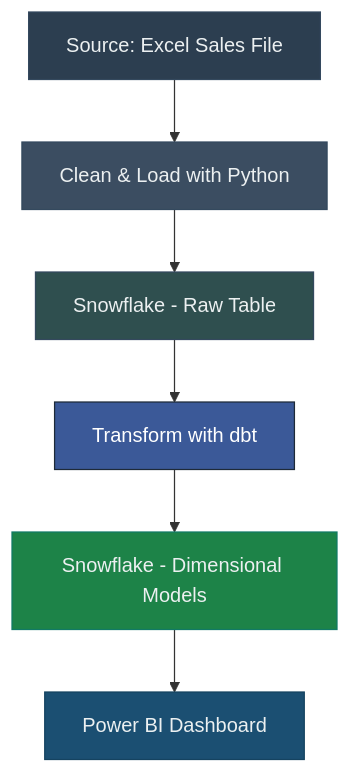
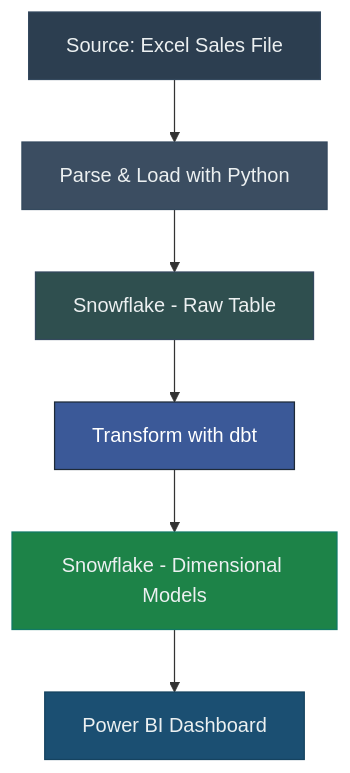
The diagram in readme.MD (engineergrowth/Adidas), drawn with Mermaid before and after one commit. The commit also changed other lines of this file, not shown here.

````diff
--- a/readme.MD
+++ b/readme.MD
@@ -24,15 +24,15 @@
 ```mermaid 
 flowchart TD
-    Excel[Source: Excel Sales File] --> Python[Clean & Load with Python]
+    Excel[Source: Excel Sales File] --> Python[Parse & Load with Python]
     Python --> SnowflakeRaw[Snowflake - Raw Table]
     SnowflakeRaw --> dbt[Transform with dbt]
     dbt --> SnowflakeModels[Snowflake - Dimensional Models]
     SnowflakeModels --> PowerBI[Power BI Dashboard]
 
     style Excel fill:#2C3E50,stroke:#34495E,stroke-width:1px,color:#ECF0F1
     style Python fill:#3B4D61,stroke:#34495E,stroke-width:1px,color:#ECF0F1
     style SnowflakeRaw fill:#2F4F4F,stroke:#34495E,stroke-width:1px,color:#ECF0F1
     style dbt fill:#3B5998,stroke:#1E2A38,stroke-width:1px,color:#FFFFFF
     style SnowflakeModels fill:#1D8348,stroke:#117A65,stroke-width:1px,color:#ECF0F1
     style PowerBI fill:#1B4F72,stroke:#154360,stroke-width:1px,color:#ECF0F1
 ```
````
